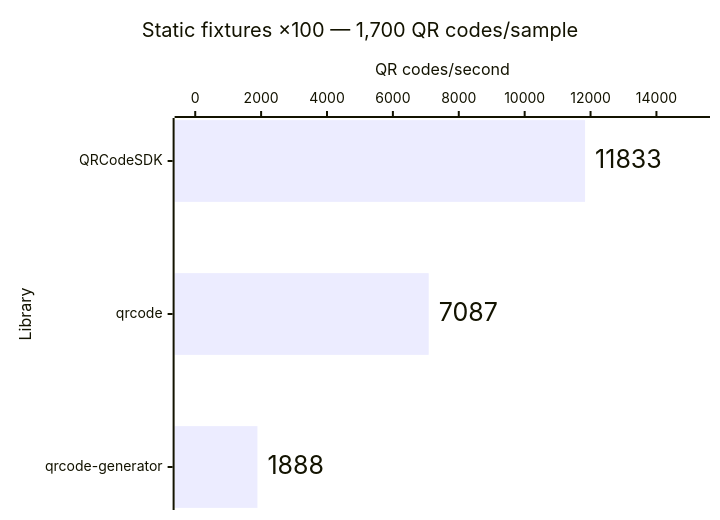
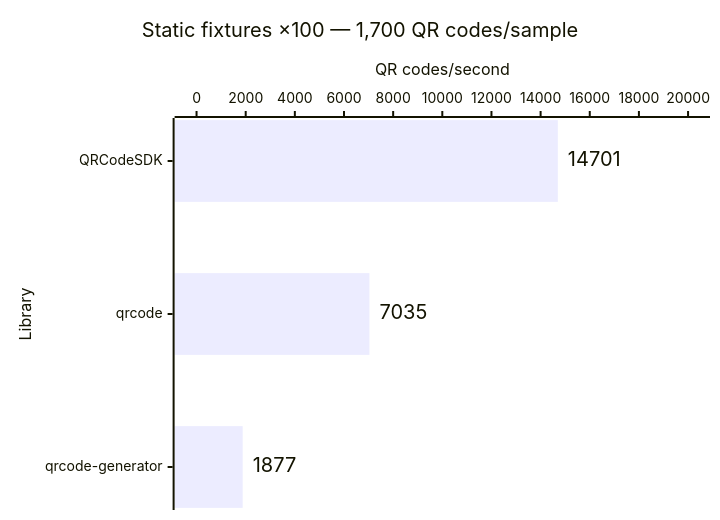
Before and after one commit to Dafnik/qrcodesdk: the third of 14 diagrams in apps/docs/src/content/docs/learn/performance.md, drawn with Mermaid. The commit also changed other lines of this file and 417 other files, not shown here.

````diff
--- a/apps/docs/src/content/docs/learn/performance.md
+++ b/apps/docs/src/content/docs/learn/performance.md
@@ -61,15 +61,15 @@
 ```mermaid
 ---
 config:
   xyChart:
     showDataLabel: true
     showDataLabelOutsideBar: true
 ---
 xychart horizontal
   accTitle: Matrix generation: Static fixtures ×100 — 1,700 QR codes/sample
-  accDescr: Throughput calculated from median time. QRCodeSDK 11,833 QR codes per second, qrcode 7,087 QR codes per second, qrcode-generator 1,888 QR codes per second. Higher is better.
+  accDescr: Throughput calculated from median time. QRCodeSDK 14,701 QR codes per second, qrcode 7,035 QR codes per second, qrcode-generator 1,877 QR codes per second. Higher is better.
   title "Static fixtures ×100 — 1,700 QR codes/sample"
   x-axis "Library" ["QRCodeSDK", "qrcode", "qrcode-generator"]
-  y-axis "QR codes/second" 0 --> 15000
-  bar [11833, 7087, 1888]
+  y-axis "QR codes/second" 0 --> 20000
+  bar [14701, 7035, 1877]
 ```
````
